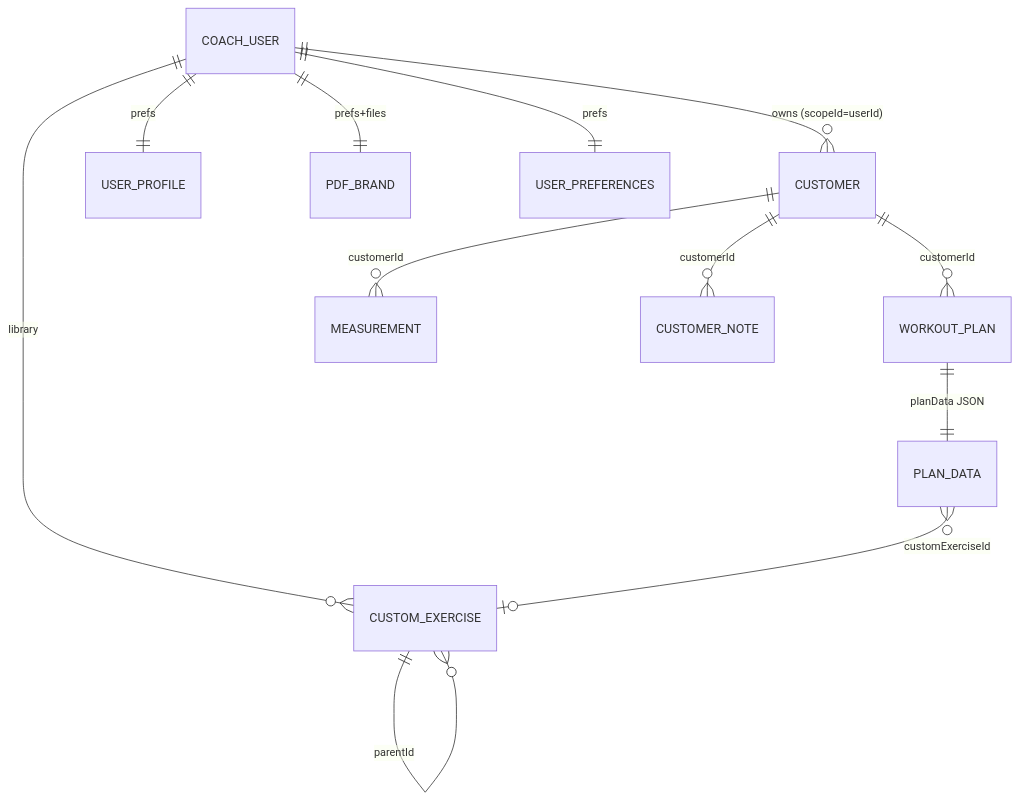
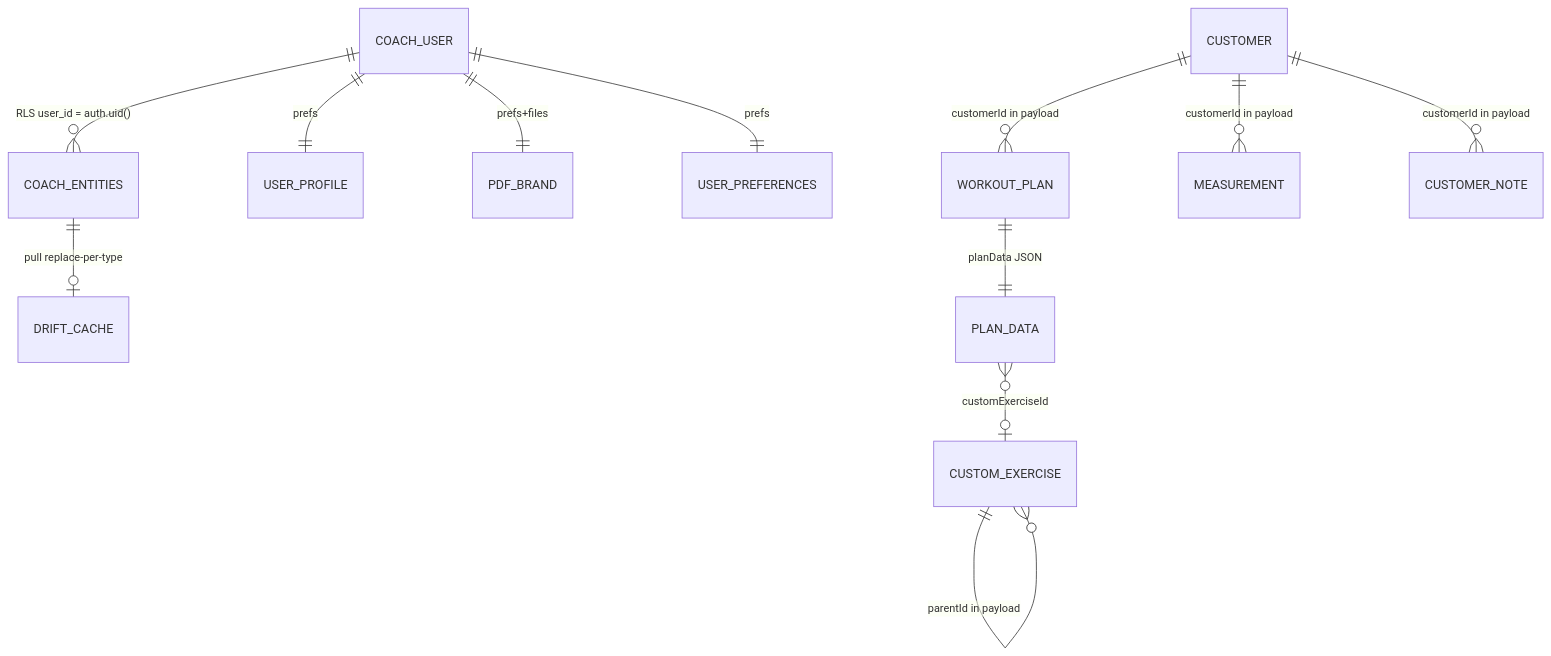
One commit to edar-dev/powercoach-studio changed the first of 2 diagrams in docs/data-catalog.md. Above: the diagram before and after it, drawn with Mermaid. The commit also changed other lines of this file and 12 other files, not shown here.

First line of the commit message:
docs(data-catalog): align registry with coach_entities cloud SoT (#171)

````diff
--- a/docs/data-catalog.md
+++ b/docs/data-catalog.md
@@ -24,14 +85,14 @@
 ```mermaid
 erDiagram
-  COACH_USER ||--o{ CUSTOMER : "owns (scopeId=userId)"
-  COACH_USER ||--o{ CUSTOM_EXERCISE : "library"
+  COACH_USER ||--o{ COACH_ENTITIES : "RLS user_id = auth.uid()"
+  COACH_ENTITIES ||--o| DRIFT_CACHE : "pull replace-per-type"
   COACH_USER ||--|| USER_PROFILE : "prefs"
   COACH_USER ||--|| PDF_BRAND : "prefs+files"
   COACH_USER ||--|| USER_PREFERENCES : "prefs"
-  CUSTOMER ||--o{ WORKOUT_PLAN : "customerId"
-  CUSTOMER ||--o{ MEASUREMENT : "customerId"
-  CUSTOMER ||--o{ CUSTOMER_NOTE : "customerId"
-  CUSTOM_EXERCISE ||--o{ CUSTOM_EXERCISE : "parentId"
+  CUSTOMER ||--o{ WORKOUT_PLAN : "customerId in payload"
+  CUSTOMER ||--o{ MEASUREMENT : "customerId in payload"
+  CUSTOMER ||--o{ CUSTOMER_NOTE : "customerId in payload"
+  CUSTOM_EXERCISE ||--o{ CUSTOM_EXERCISE : "parentId in payload"
   WORKOUT_PLAN ||--|| PLAN_DATA : "planData JSON"
   PLAN_DATA }o--o| CUSTOM_EXERCISE : "customExerciseId"
 ```
````
